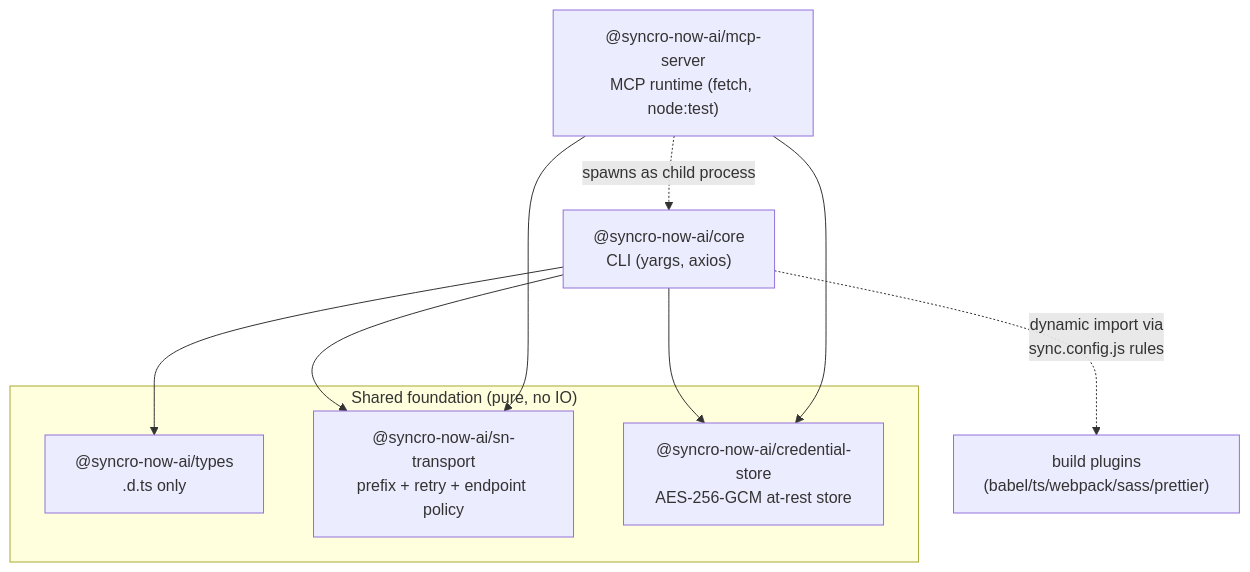
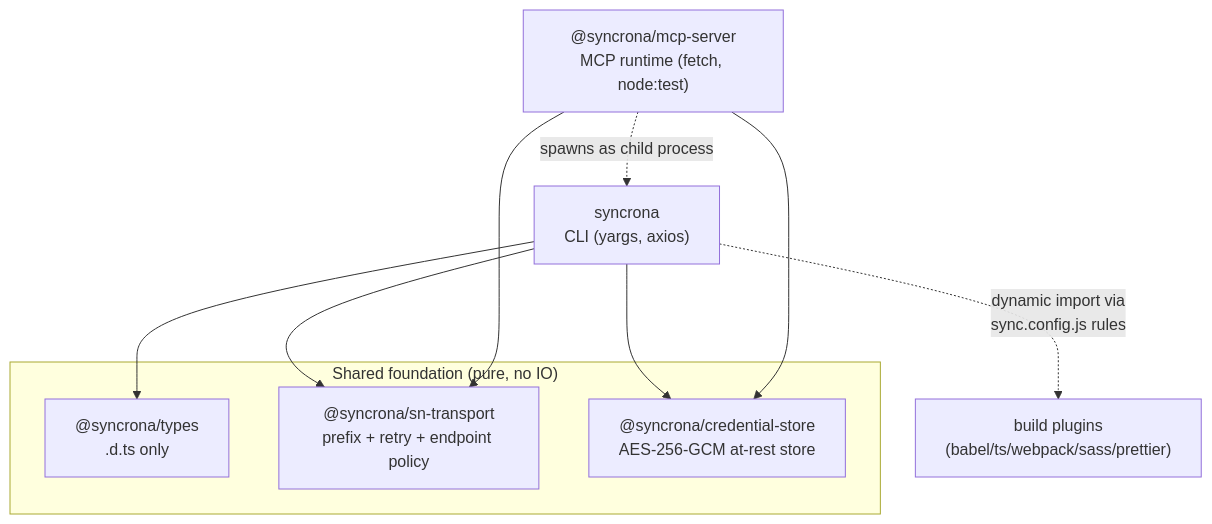
One commit to IvanBBaev/syncrona changed the first of 6 diagrams in docs/ARCHITECTURE.md. Above: the diagram before and after it, drawn with Mermaid. The commit also changed other lines of this file and 8 other files, not shown here.

````diff
--- a/docs/ARCHITECTURE.md
+++ b/docs/ARCHITECTURE.md
@@ -27,20 +27,20 @@
 ```mermaid
 graph TD
     subgraph shared["Shared foundation (pure, no IO)"]
-        types["@syncro-now-ai/types<br/>.d.ts only"]
-        transport["@syncro-now-ai/sn-transport<br/>prefix + retry + endpoint policy"]
-        credstore["@syncro-now-ai/credential-store<br/>AES-256-GCM at-rest store"]
+        types["@syncrona/types<br/>.d.ts only"]
+        transport["@syncrona/sn-transport<br/>prefix + retry + endpoint policy"]
+        credstore["@syncrona/credential-store<br/>AES-256-GCM at-rest store"]
     end
 
-    core["@syncro-now-ai/core<br/>CLI (yargs, axios)"]
-    mcp["@syncro-now-ai/mcp-server<br/>MCP runtime (fetch, node:test)"]
+    core["syncrona<br/>CLI (yargs, axios)"]
+    mcp["@syncrona/mcp-server<br/>MCP runtime (fetch, node:test)"]
     plugins["build plugins<br/>(babel/ts/webpack/sass/prettier)"]
 
     core --> types
     core --> transport
     core --> credstore
     mcp --> transport
     mcp --> credstore
     mcp -. "spawns as child process" .-> core
     core -. "dynamic import via<br/>sync.config.js rules" .-> plugins
 ```
````
